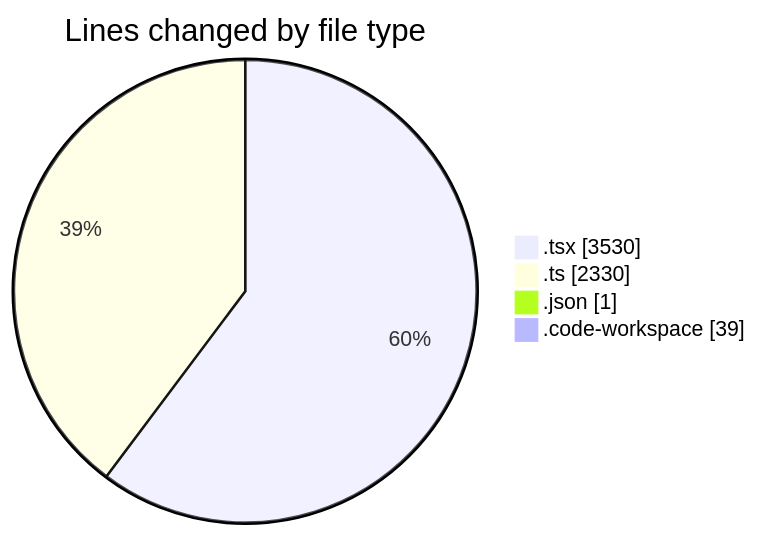
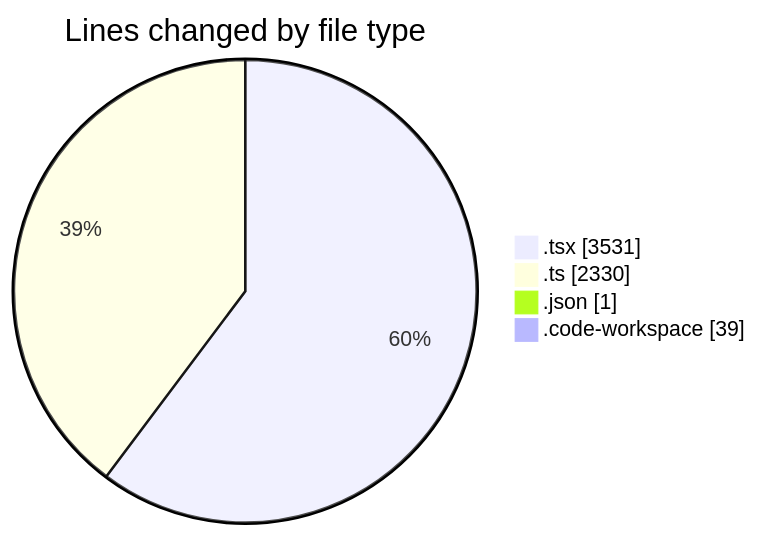
The first of 2 diagrams in 2025-10-08/eventscop-frontend-guide__workspace_/README.md (julien-gomy/code-tracking), drawn with Mermaid before and after one commit. The commit also changed other lines of this file and 1 other file, not shown here.

````diff
--- a/2025-10-08/eventscop-frontend-guide__workspace_/README.md
+++ b/2025-10-08/eventscop-frontend-guide__workspace_/README.md
@@ -47,8 +47,8 @@
 ```mermaid
 pie showData
 title Lines changed by file type
-".tsx" : 3530
+".tsx" : 3531
 ".ts" : 2330
 ".json" : 1
 ".code-workspace" : 39
 ```
````
